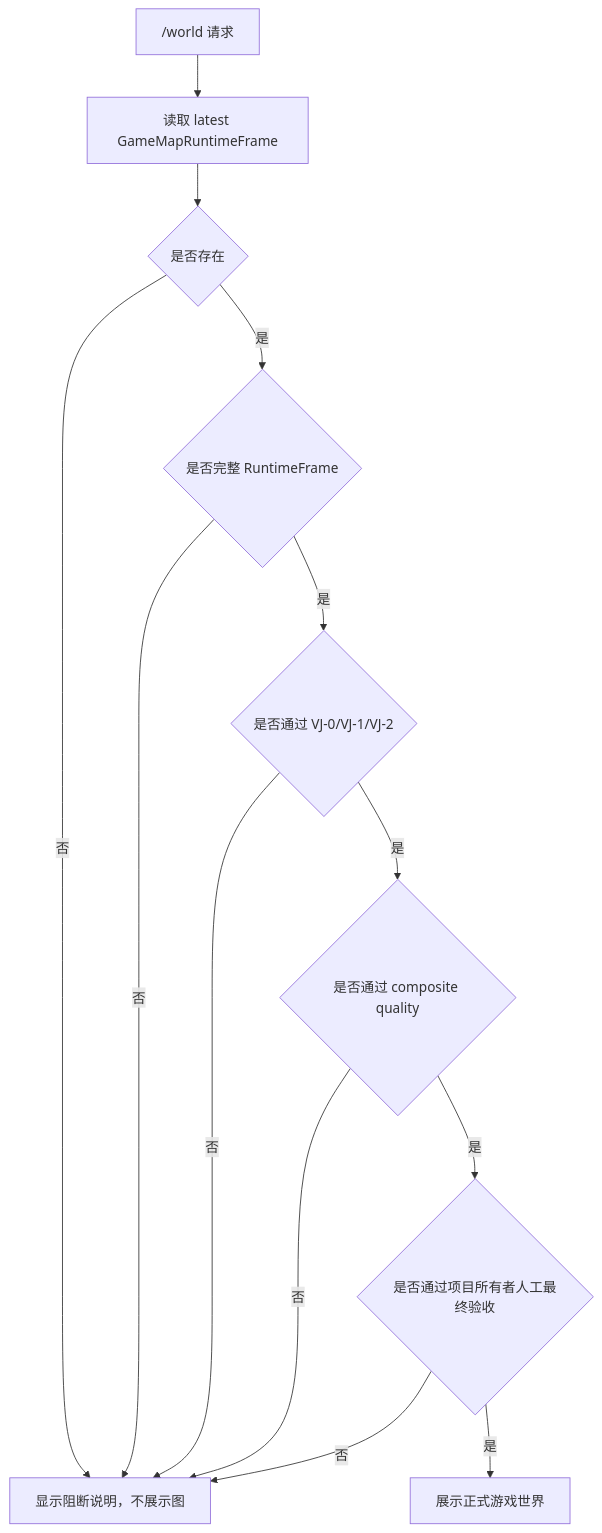
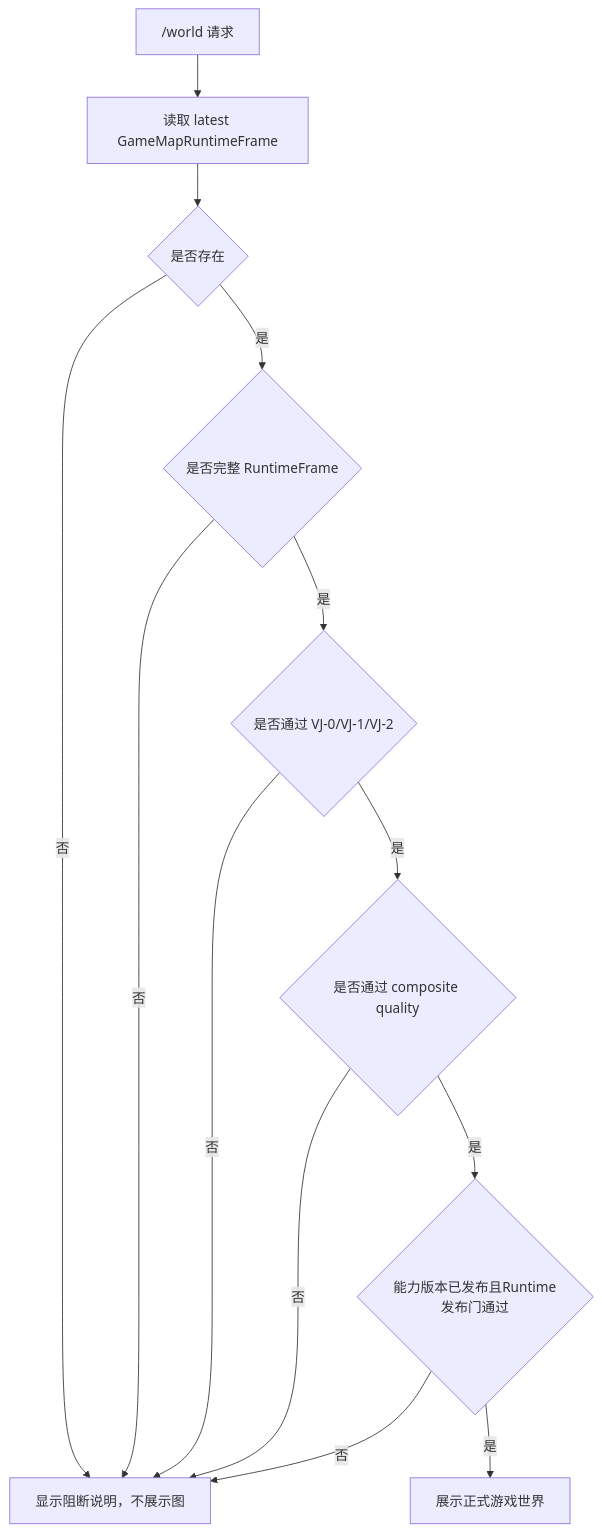
Before and after one commit to zhangshn/AI-PET-WORLD: the fifth of 5 diagrams in docs/ARCHITECTURE.md, drawn with Mermaid. The commit also changed other lines of this file and 245 other files, not shown here.

````diff
--- a/docs/ARCHITECTURE.md
+++ b/docs/ARCHITECTURE.md
@@ -456,15 +501,15 @@
 ```mermaid
 flowchart TD
   A["/world 请求"] --> B["读取 latest GameMapRuntimeFrame"]
   B --> C{"是否存在"}
   C -->|"否"| D["显示阻断说明，不展示图"]
   C -->|"是"| E{"是否完整 RuntimeFrame"}
   E -->|"否"| D
   E -->|"是"| F{"是否通过 VJ-0/VJ-1/VJ-2"}
   F -->|"否"| D
   F -->|"是"| G{"是否通过 composite quality"}
   G -->|"否"| D
-  G -->|"是"| H{"是否通过项目所有者人工最终验收"}
+  G -->|"是"| H{"能力版本已发布且Runtime发布门通过"}
   H -->|"否"| D
   H -->|"是"| I["展示正式游戏世界"]
 ```
````
